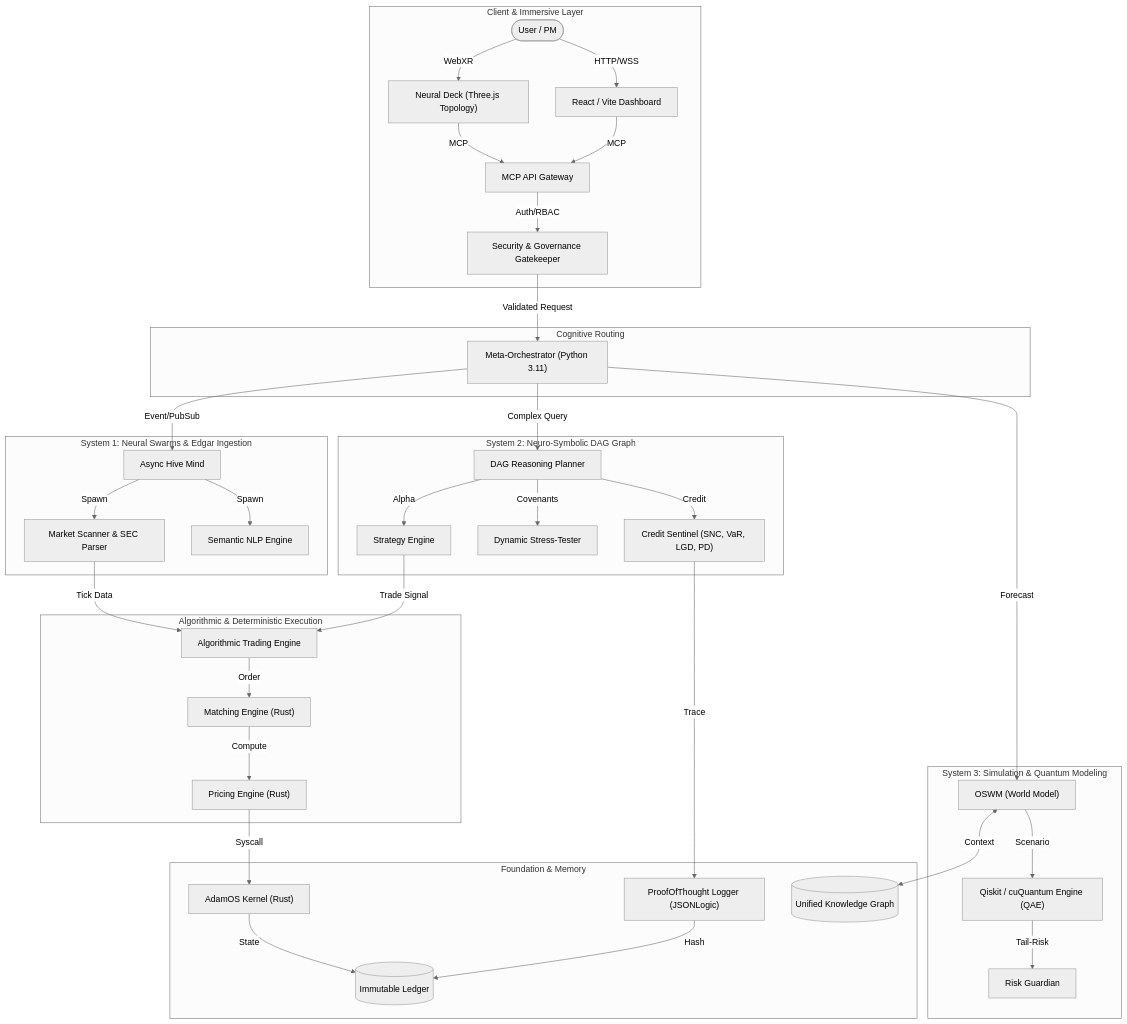
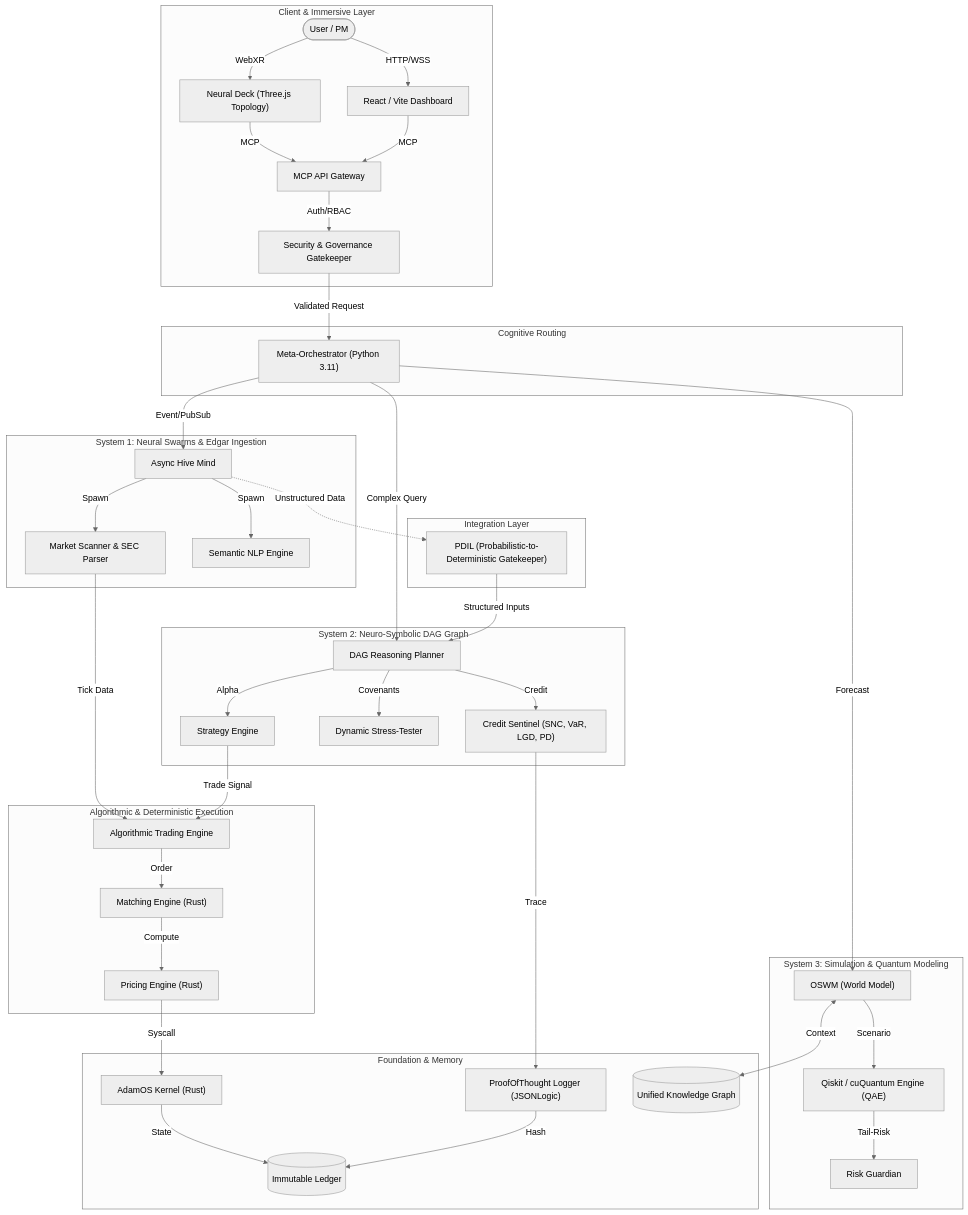
The second of 2 diagrams in README.md (adamvangrover/adam), drawn with Mermaid (neutral theme) before and after one commit. The commit also changed other lines of this file and 40 other files, not shown here.

````diff
--- a/README.md
+++ b/README.md
@@ -286,55 +293,61 @@
 ```mermaid
 graph TD
     %% 1. Client & Immersive Layer
     subgraph Client_Layer [Client & Immersive Layer]
         UserNode(["User / PM"]) -->|HTTP/WSS| WebApp["React / Vite Dashboard"]
         UserNode -->|WebXR| VRDeck["Neural Deck (Three.js Topology)"]
         WebApp -->|MCP| MCPServer["MCP API Gateway"]
         VRDeck -->|MCP| MCPServer
         MCPServer -->|Auth/RBAC| SecModule["Security & Governance Gatekeeper"]
     end
 
     %% 2. Orchestration Layer
     subgraph Orchestration_Layer [Cognitive Routing]
         SecModule -->|Validated Request| MetaOrchestrator["Meta-Orchestrator (Python 3.11)"]
     end
 
     %% 3. System 1: Fast Perception
     subgraph System_1_Swarm [System 1: Neural Swarms & Edgar Ingestion]
         MetaOrchestrator -->|Event/PubSub| SwarmManager["Async Hive Mind"]
         SwarmManager -->|Spawn| MarketScanner["Market Scanner & SEC Parser"]
         SwarmManager -->|Spawn| SentimentEngine["Semantic NLP Engine"]
     end
 
+    %% 3.5. Governance & Integration
+    subgraph Integration_Layer [Integration Layer]
+        SwarmManager -.->|Unstructured Data| PDIL["PDIL (Probabilistic-to-Deterministic Gatekeeper)"]
+    end
+
     %% 4. System 2: Deep Reasoning
     subgraph System_2_Reasoning [System 2: Neuro-Symbolic DAG Graph]
+        PDIL -->|Structured Inputs| Planner
         MetaOrchestrator -->|Complex Query| Planner["DAG Reasoning Planner"]
         Planner -->|Credit| CreditSentinel["Credit Sentinel (SNC, VaR, LGD, PD)"]
         Planner -->|Covenants| CovenantTester["Dynamic Stress-Tester"]
         Planner -->|Alpha| StratEngine["Strategy Engine"]
     end
 
     %% 5. System 3: World Modeling & Quantum
     subgraph System_3_Simulation [System 3: Simulation & Quantum Modeling]
         MetaOrchestrator -->|Forecast| WorldModel["OSWM (World Model)"]
         WorldModel -->|Scenario| QuantumEngine["Qiskit / cuQuantum Engine (QAE)"]
         QuantumEngine -->|Tail-Risk| RiskGuardian["Risk Guardian"]
     end
 
     %% 6. Deterministic & Execution (Rust)
     subgraph Rust_Execution_Layer [Algorithmic & Deterministic Execution]
         StratEngine -->|Trade Signal| AlgoEngine["Algorithmic Trading Engine"]
         MarketScanner -->|Tick Data| AlgoEngine
         AlgoEngine -->|Order| MatchingEngine["Matching Engine (Rust)"]
         MatchingEngine -->|Compute| PricingEngine["Pricing Engine (Rust)"]
     end
 
     %% 7. Foundation & OS Layer
     subgraph OS_Foundation_Layer [Foundation & Memory]
         PricingEngine -->|Syscall| AdamOS["AdamOS Kernel (Rust)"]
         CreditSentinel -->|Trace| POTLogger["ProofOfThought Logger (JSONLogic)"]
         POTLogger -->|Hash| Ledger[("Immutable Ledger")]
         AdamOS -->|State| Ledger
         WorldModel <-->|Context| KnowledgeGraph[("Unified Knowledge Graph")]
     end
 ```
````
